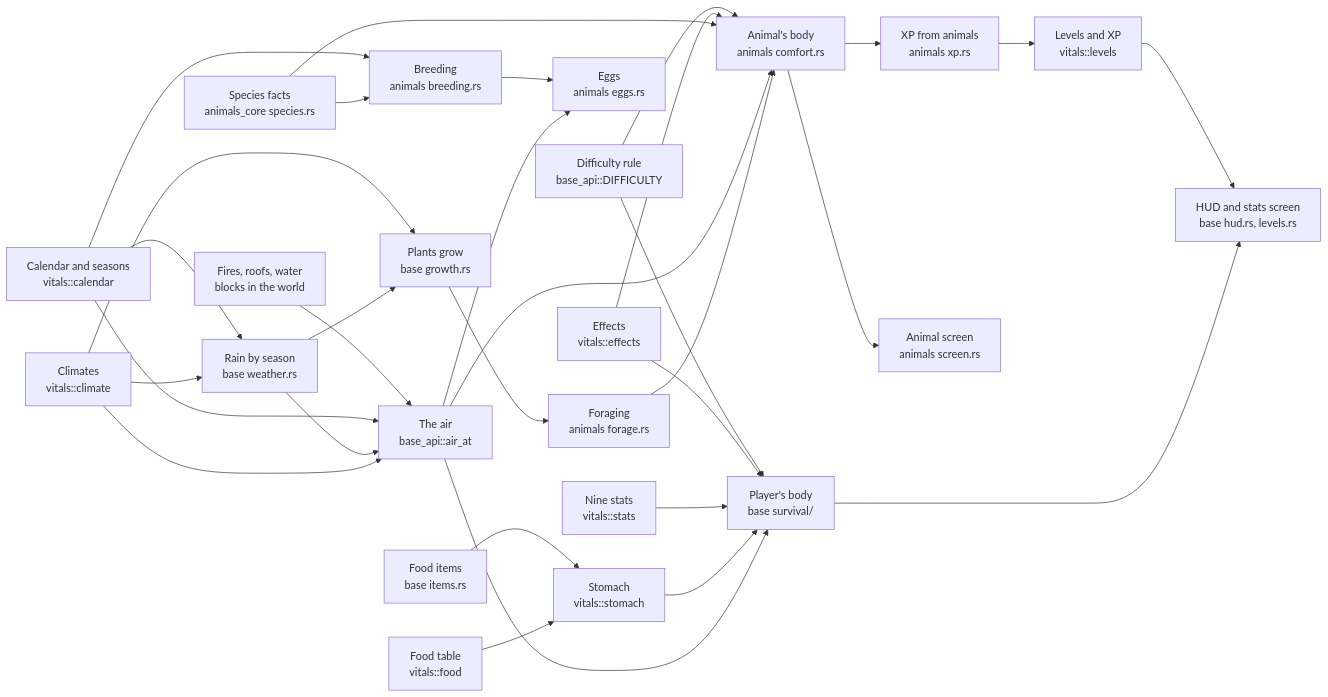
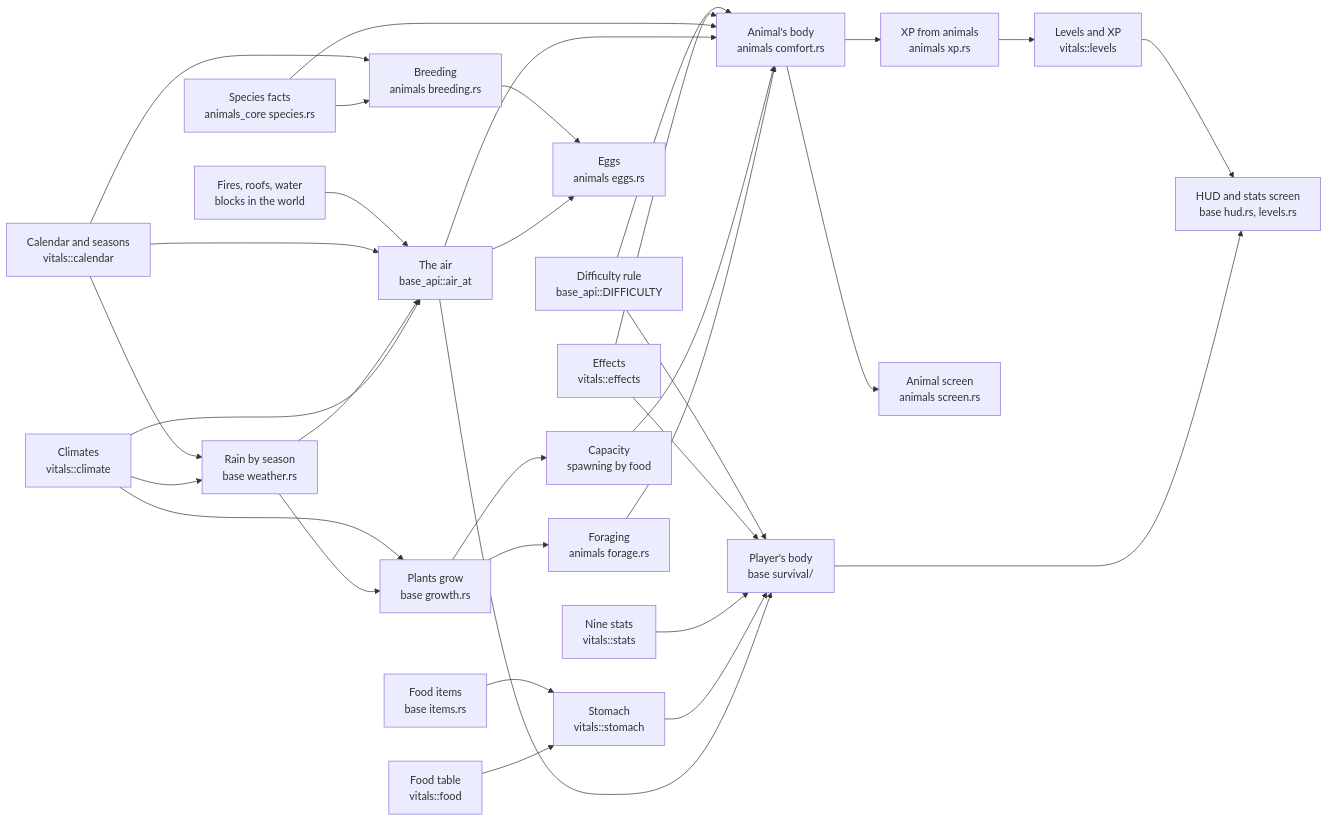
Before and after one commit to ronickg/chiacraft-weft: the diagram in notes/SYSTEMS.md, drawn with Mermaid. The commit also changed other lines of this file and 13 other files, not shown here.

First line of the commit message:
Capacity: plant eaters come, and come fed, as their food grows

````diff
--- a/notes/SYSTEMS.md
+++ b/notes/SYSTEMS.md
@@ -12,32 +12,34 @@
 ```mermaid
 flowchart LR
   climate["Climates<br/>vitals::climate"] --> air["The air<br/>base_api::air_at"]
   climate --> weather["Rain by season<br/>base weather.rs"]
   calendar --> weather
   weather --> air
   weather --> plants["Plants grow<br/>base growth.rs"]
   climate --> plants
   plants --> forage["Foraging<br/>animals forage.rs"]
   forage --> animal
+  plants --> capacity["Capacity<br/>spawning by food"]
+  capacity --> animal
   calendar["Calendar and seasons<br/>vitals::calendar"] --> air
   fires["Fires, roofs, water<br/>blocks in the world"] --> air
   air --> player["Player's body<br/>base survival/"]
   air --> animal["Animal's body<br/>animals comfort.rs"]
   air --> eggs["Eggs<br/>animals eggs.rs"]
   food["Food table<br/>vitals::food"] --> stomach["Stomach<br/>vitals::stomach"]
   items["Food items<br/>base items.rs"] --> stomach
   stomach --> player
   stats["Nine stats<br/>vitals::stats"] --> player
   species["Species facts<br/>animals_core species.rs"] --> animal
   species --> breeding["Breeding<br/>animals breeding.rs"]
   calendar --> breeding
   breeding --> eggs
   effects["Effects<br/>vitals::effects"] --> player
   effects --> animal
   difficulty["Difficulty rule<br/>base_api::DIFFICULTY"] --> player
   difficulty --> animal
   player --> hud["HUD and stats screen<br/>base hud.rs, levels.rs"]
   levels["Levels and XP<br/>vitals::levels"] --> hud
   animal --> xp["XP from animals<br/>animals xp.rs"] --> levels
   animal --> screen["Animal screen<br/>animals screen.rs"]
 ```
````
